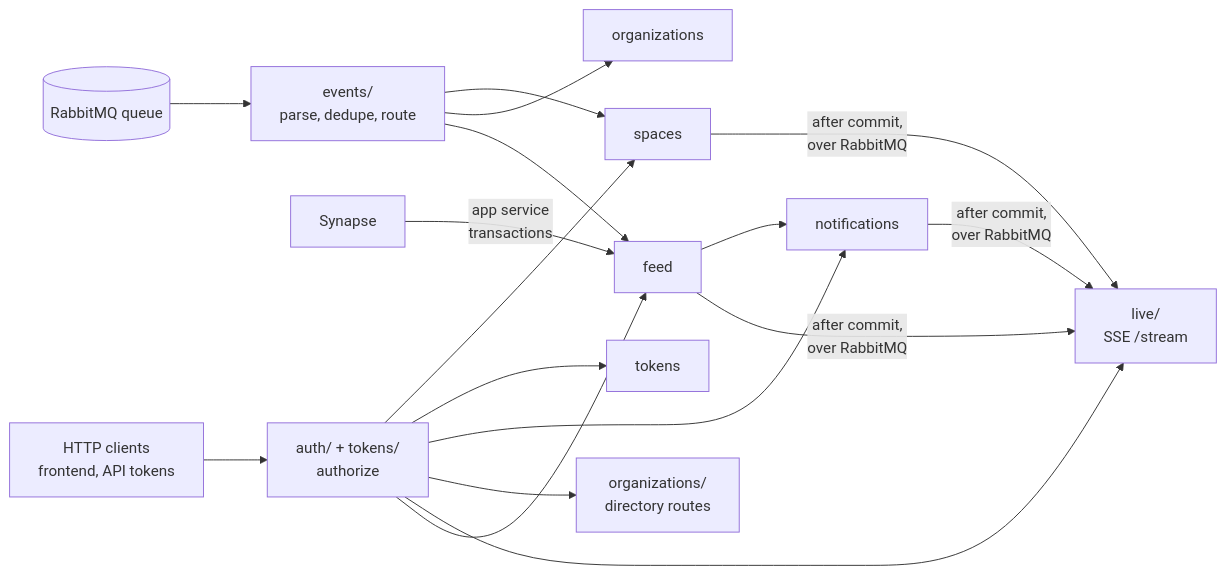
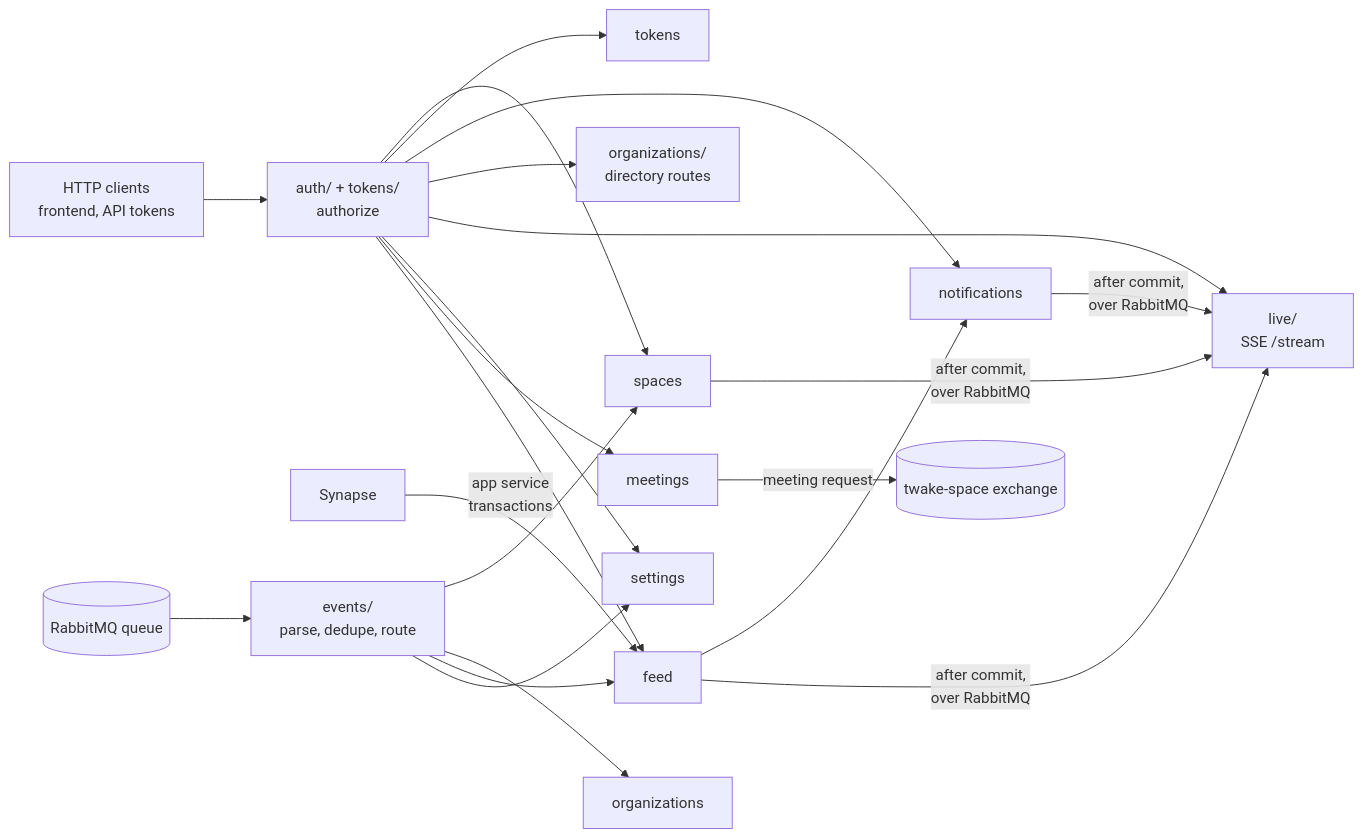
The first of 2 diagrams in docs/backend-dev.md (linagora/twake-space), drawn with Mermaid before and after one commit. The commit also changed other lines of this file and 5 other files, not shown here.

````diff
--- a/docs/backend-dev.md
+++ b/docs/backend-dev.md
@@ -29,11 +29,12 @@
 ```mermaid
 flowchart LR
   rabbitmq[(RabbitMQ queue)] --> events["events/<br>parse, dedupe, route"]
   synapse[Synapse] -- "app service<br>transactions" --> feed
-  events --> spaces & organizations & feed
+  events --> spaces & organizations & feed & settings
   http["HTTP clients<br>frontend, API tokens"] --> auth["auth/ + tokens/<br>authorize"]
-  auth --> spaces & tokens & notifications & directory["organizations/<br>directory routes"] & live
+  auth --> spaces & tokens & notifications & directory["organizations/<br>directory routes"] & live & settings & meetings
   feed --> notifications
   auth --> feed
   spaces & notifications & feed -- "after commit,<br>over RabbitMQ" --> live["live/<br>SSE /stream"]
+  meetings -- "meeting request" --> exchange[(twake-space exchange)]
 ```
````
